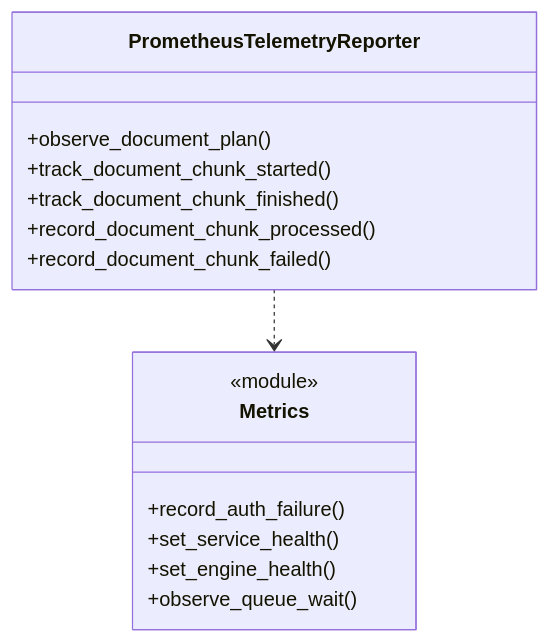
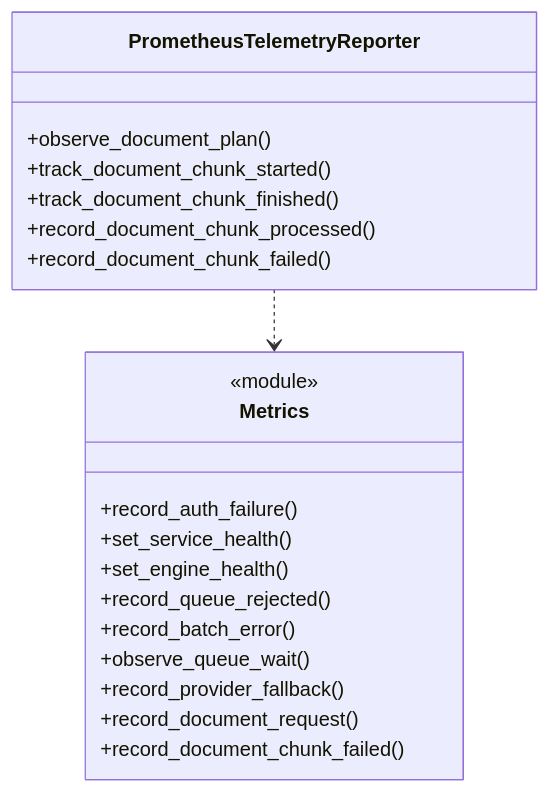
One commit to kunalPisolkar24/detectAI changed the diagram in services/inference/docs/10-observability.md. Above: the diagram before and after it, drawn with Mermaid. The commit also changed 2 other files, not shown here.

Commit message:
docs(inference): sync with dead-code cleanup
- 01-architecture: replace erroneous +health_snapshot on DocumentAnalysisService with +shutdown/-get_engine
- 02-request-flows: fix stale line anchor and include CIRCUIT_OPEN in shed set
- 10-observability: expand Metrics module diagram to list actual exports after removing duplicates (record_queue_rejected etc) and adding record_document_chunk_failed

````diff
--- a/services/inference/docs/10-observability.md
+++ b/services/inference/docs/10-observability.md
@@ -57,18 +57,23 @@
 ```mermaid
 classDiagram
     class PrometheusTelemetryReporter {
         +observe_document_plan()
         +track_document_chunk_started()
         +track_document_chunk_finished()
         +record_document_chunk_processed()
         +record_document_chunk_failed()
     }
     class Metrics {
         <<module>>
         +record_auth_failure()
         +set_service_health()
         +set_engine_health()
+        +record_queue_rejected()
+        +record_batch_error()
         +observe_queue_wait()
+        +record_provider_fallback()
+        +record_document_request()
+        +record_document_chunk_failed()
     }
     PrometheusTelemetryReporter ..> Metrics
 ```
````
